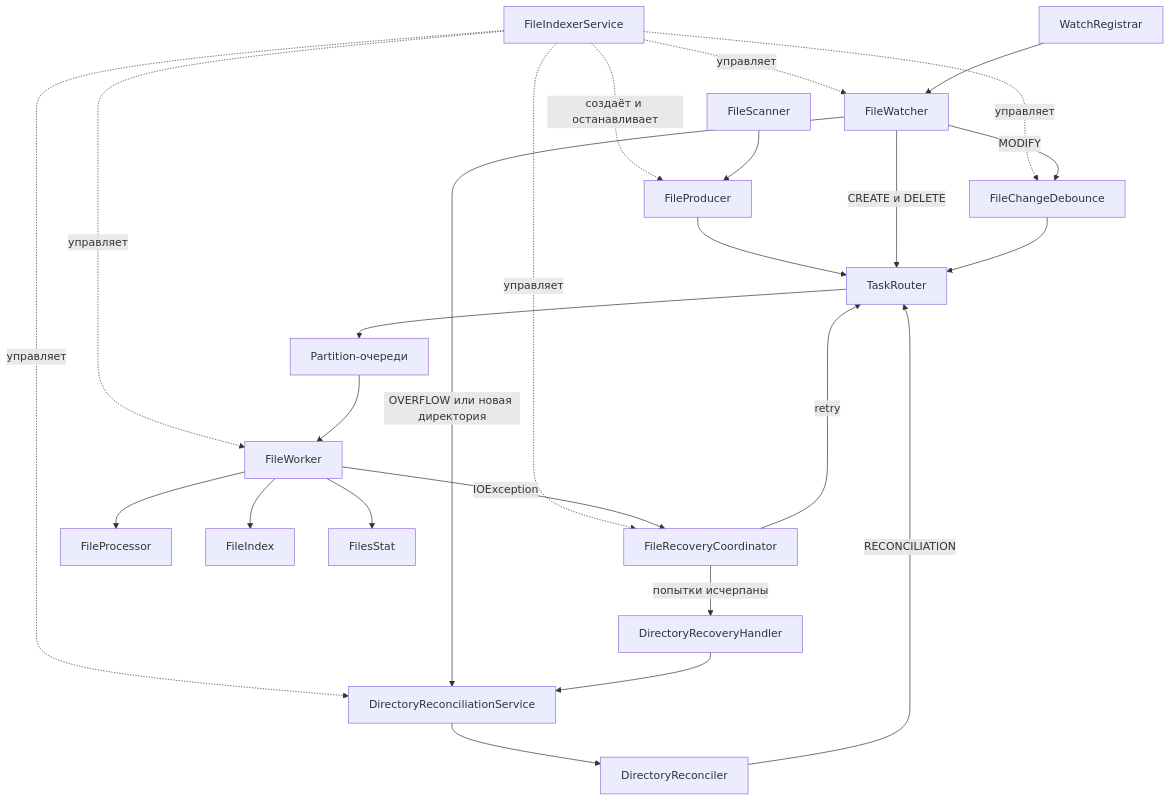
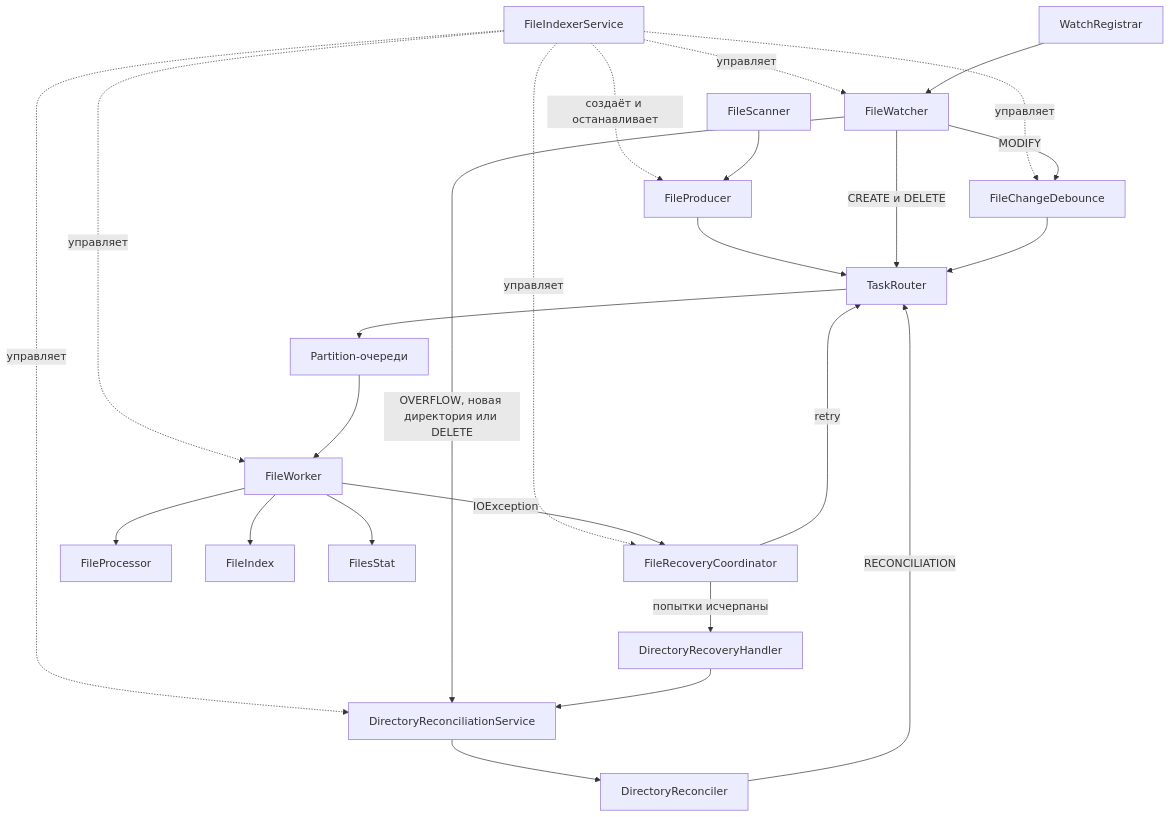
One commit to YoungJEFR/File-Checker changed the diagram in README.md. Above: the diagram before and after it, drawn with Mermaid. The commit also changed other lines of this file and 25 other files, not shown here.

````diff
--- a/README.md
+++ b/README.md
@@ -39,32 +48,32 @@
 ```mermaid
 flowchart TD
     Lifecycle[FileIndexerService] -. создаёт и останавливает .-> Producer
     Lifecycle -. управляет .-> Watcher
     Lifecycle -. управляет .-> Workers
     Lifecycle -. управляет .-> Debounce
     Lifecycle -. управляет .-> Service
     Lifecycle -. управляет .-> Recovery
 
     Scanner[FileScanner] --> Producer[FileProducer]
     Producer --> Router[TaskRouter]
 
     Registrar[WatchRegistrar] --> Watcher[FileWatcher]
     Watcher -->|CREATE и DELETE| Router
     Watcher -->|MODIFY| Debounce[FileChangeDebounce]
     Debounce --> Router
 
-    Watcher -->|OVERFLOW или новая директория| Service[DirectoryReconciliationService]
+    Watcher -->|OVERFLOW, новая директория или DELETE| Service[DirectoryReconciliationService]
     Service --> Reconciler[DirectoryReconciler]
     Reconciler -->|RECONCILIATION| Router
 
     Router --> Queues[Partition-очереди]
     Queues --> Workers[FileWorker]
     Workers --> Processor[FileProcessor]
     Workers --> Index[FileIndex]
     Workers --> Statistics[FilesStat]
 
     Workers -->|IOException| Recovery[FileRecoveryCoordinator]
     Recovery -->|retry| Router
     Recovery -->|попытки исчерпаны| Handler[DirectoryRecoveryHandler]
     Handler --> Service
 ```
````
